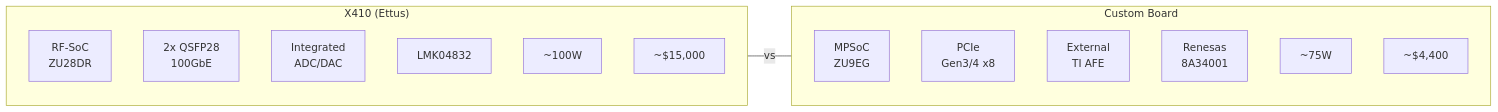
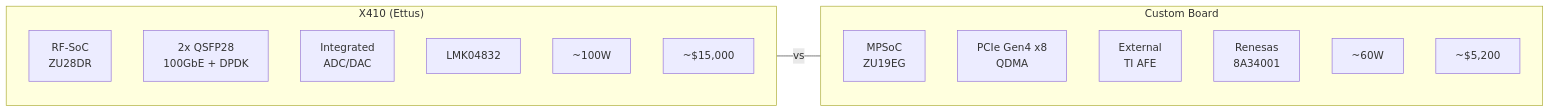
Diagram 16 of 19 in docs/sdr_board_project_plan.md (EttusResearch/uhd), drawn with Mermaid before and after one commit. The commit also changed other lines of this file, not shown here.

First line of the commit message:
docs: Update SDR board plan with QDMA, ZU19EG, and revised schedule

````diff
--- a/docs/sdr_board_project_plan.md
+++ b/docs/sdr_board_project_plan.md
@@ -604,24 +745,24 @@
 ```mermaid
 flowchart LR
     subgraph X410["X410 (Ettus)"]
         direction TB
         X_SOC["RF-SoC<br/>ZU28DR"]
-        X_IF["2x QSFP28<br/>100GbE"]
+        X_IF["2x QSFP28<br/>100GbE + DPDK"]
         X_ADC["Integrated<br/>ADC/DAC"]
         X_PLL["LMK04832"]
         X_PWR["~100W"]
         X_PRICE["~$15,000"]
     end
 
     subgraph CUSTOM["Custom Board"]
         direction TB
-        C_SOC["MPSoC<br/>ZU9EG"]
-        C_IF["PCIe<br/>Gen3/4 x8"]
+        C_SOC["MPSoC<br/>ZU19EG"]
+        C_IF["PCIe Gen4 x8<br/>QDMA"]
         C_ADC["External<br/>TI AFE"]
         C_PLL["Renesas<br/>8A34001"]
-        C_PWR["~75W"]
-        C_PRICE["~$4,400"]
+        C_PWR["~60W"]
+        C_PRICE["~$5,200"]
     end
 
     X410 ---|"vs"| CUSTOM
 ```
````
